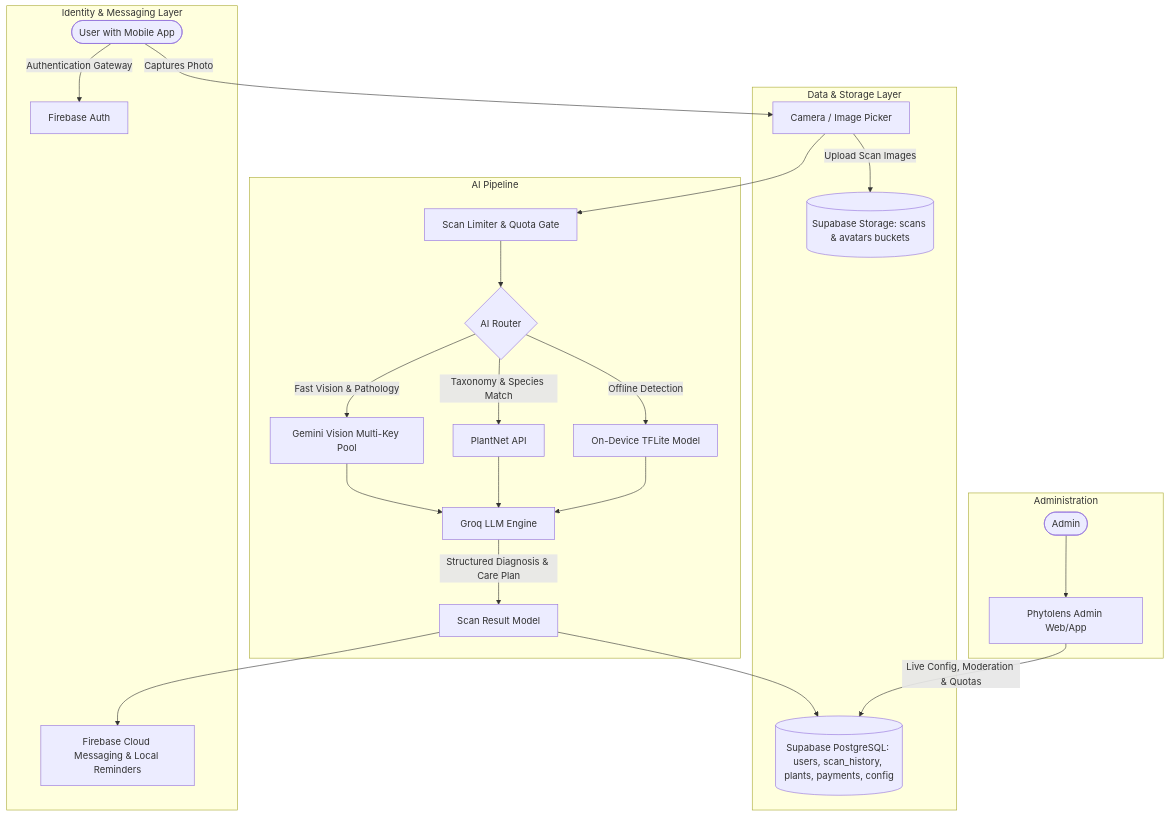
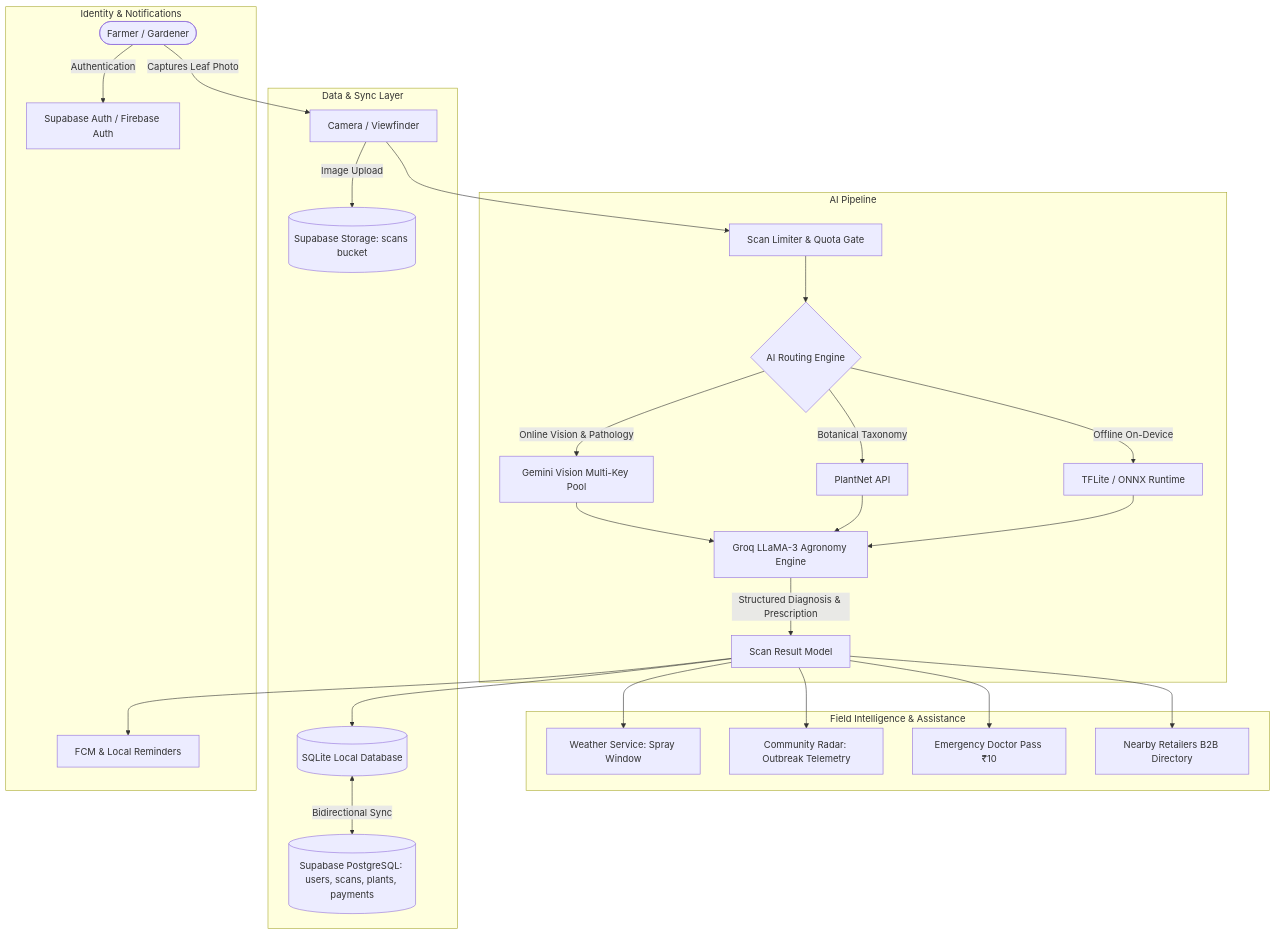
The first of 2 diagrams in README.md (Debraj1001/Phytolense), drawn with Mermaid before and after one commit. The commit also changed other lines of this file, not shown here.

Commit message:
docs: update README with full feature ecosystem, architecture, and project structure

````diff
--- a/README.md
+++ b/README.md
@@ -60,32 +83,35 @@
 ```mermaid
 graph TD
-    User([User with Mobile App]) -->|Captures Photo| Cam[Camera / Image Picker]
+    User([Farmer / Gardener]) -->|Captures Leaf Photo| Cam[Camera / Viewfinder]
     Cam --> ScanEngine[Scan Limiter & Quota Gate]
     
     subgraph AI Pipeline
-        ScanEngine --> FallbackRouter{AI Router}
-        FallbackRouter -->|Fast Vision & Pathology| GemPool[Gemini Vision Multi-Key Pool]
-        FallbackRouter -->|Taxonomy & Species Match| PlantNet[PlantNet API]
-        FallbackRouter -->|Offline Detection| TFLite[On-Device TFLite Model]
+        ScanEngine --> AIRouter{AI Routing Engine}
+        AIRouter -->|Online Vision & Pathology| GemPool[Gemini Vision Multi-Key Pool]
+        AIRouter -->|Botanical Taxonomy| PlantNet[PlantNet API]
+        AIRouter -->|Offline On-Device| TFLite[TFLite / ONNX Runtime]
         
-        GemPool --> GroqEngine[Groq LLM Engine]
+        GemPool --> GroqEngine[Groq LLaMA-3 Agronomy Engine]
         PlantNet --> GroqEngine
         TFLite --> GroqEngine
-        GroqEngine -->|Structured Diagnosis & Care Plan| DiagnosticResult[Scan Result Model]
-    end
-    
-    subgraph Identity & Messaging Layer
-        User -->|Authentication Gateway| FirebaseAuth[Firebase Auth]
-        DiagnosticResult --> NotifService[Firebase Cloud Messaging & Local Reminders]
+        GroqEngine -->|Structured Diagnosis & Prescription| DiagnosticResult[Scan Result Model]
     end
 
-    subgraph Data & Storage Layer
-        DiagnosticResult --> SupabaseDB[(Supabase PostgreSQL: users, scan_history, plants, payments, config)]
-        Cam -->|Upload Scan Images| SupabaseStorage[(Supabase Storage: scans & avatars buckets)]
+    subgraph Field Intelligence & Assistance
+        DiagnosticResult --> SprayWindow[Weather Service: Spray Window]
+        DiagnosticResult --> RadarAlert[Community Radar: Outbreak Telemetry]
+        DiagnosticResult --> DoctorPass[Emergency Doctor Pass ₹10]
+        DiagnosticResult --> B2BDirectory[Nearby Retailers B2B Directory]
     end
 
-    subgraph Administration
-        AdminUser([Admin]) --> AdminPortal[Phytolens Admin Web/App]
-        AdminPortal -->|Live Config, Moderation & Quotas| SupabaseDB
+    subgraph Data & Sync Layer
+        DiagnosticResult --> LocalDB[(SQLite Local Database)]
+        LocalDB <-->|Bidirectional Sync| SupabaseDB[(Supabase PostgreSQL: users, scans, plants, payments)]
+        Cam -->|Image Upload| SupabaseStorage[(Supabase Storage: scans bucket)]
+    end
+
+    subgraph Identity & Notifications
+        User -->|Authentication| SupabaseAuth[Supabase Auth / Firebase Auth]
+        DiagnosticResult --> NotifService[FCM & Local Reminders]
     end
 ```
````
